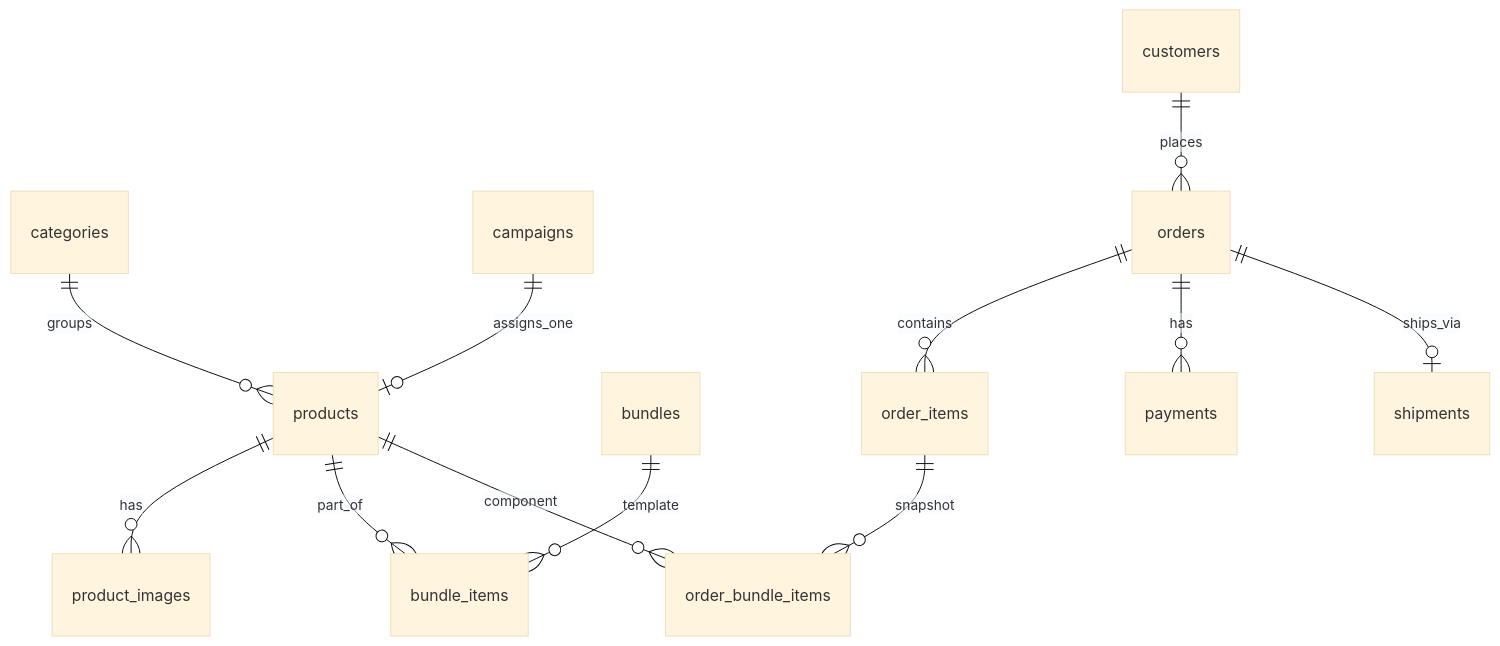
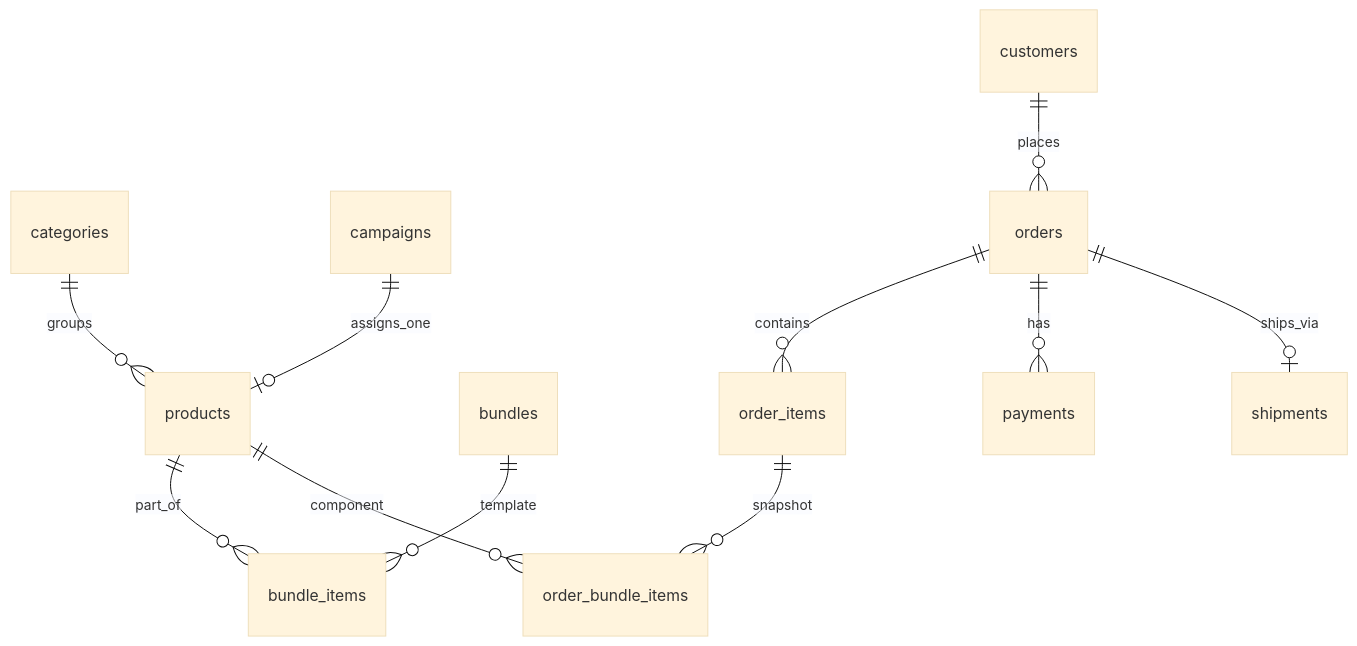
The diagram in docs/database.md (Emilio0308/de-tin-marin), drawn with Mermaid (base theme) before and after one commit. The commit also changed other lines of this file and 79 other files, not shown here.

````diff
--- a/docs/database.md
+++ b/docs/database.md
@@ -193,14 +205,13 @@
 ```mermaid
 erDiagram
   categories ||--o{ products : groups
-  products ||--o{ product_images : has
   campaigns ||--o| products : assigns_one
   bundles ||--o{ bundle_items : template
   products ||--o{ bundle_items : part_of
   customers ||--o{ orders : places
   orders ||--o{ order_items : contains
   order_items ||--o{ order_bundle_items : snapshot
   products ||--o{ order_bundle_items : component
   orders ||--o{ payments : has
   orders ||--o| shipments : ships_via
 ```
````
